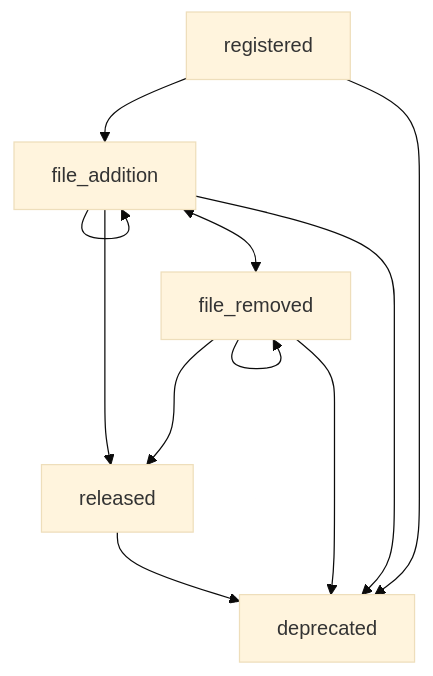
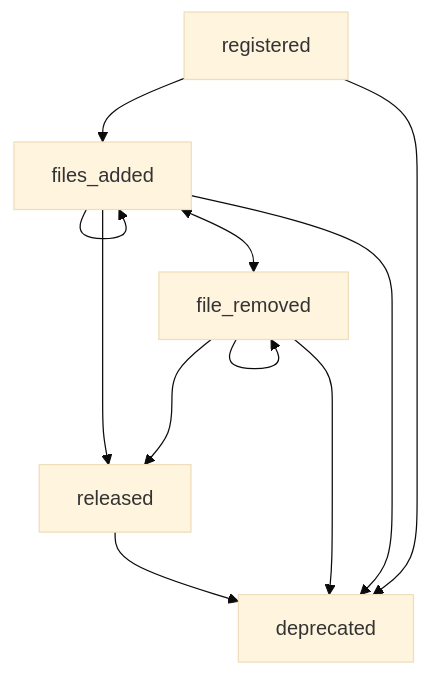
The third of 3 diagrams in docs/decisions/0011-dataset-lifecycle.md (neicnordic/sensitive-data-archive), drawn with Mermaid (base theme) before and after one commit. The commit also changed other lines of this file, not shown here.

Commit message:
docs(adr-0011): rename file_addition event to files_added to be more aligned with naming of other events

````diff
--- a/docs/decisions/0011-dataset-lifecycle.md
+++ b/docs/decisions/0011-dataset-lifecycle.md
@@ -172,17 +172,17 @@
 ```mermaid
 flowchart TD
     registered
     file_removed
-    file_addition
+    files_added
     released
     deprecated
 
-    registered --> file_addition
+    registered --> files_added
     registered --> deprecated
-    file_addition --> file_addition
+    files_added --> files_added
     file_removed --> file_removed
-    file_addition <--> file_removed
-    file_removed & file_addition ---> released
-    file_addition & file_removed ---> deprecated
+    files_added <--> file_removed
+    file_removed & files_added ---> released
+    files_added & file_removed ---> deprecated
     released --> deprecated
 ```
````
